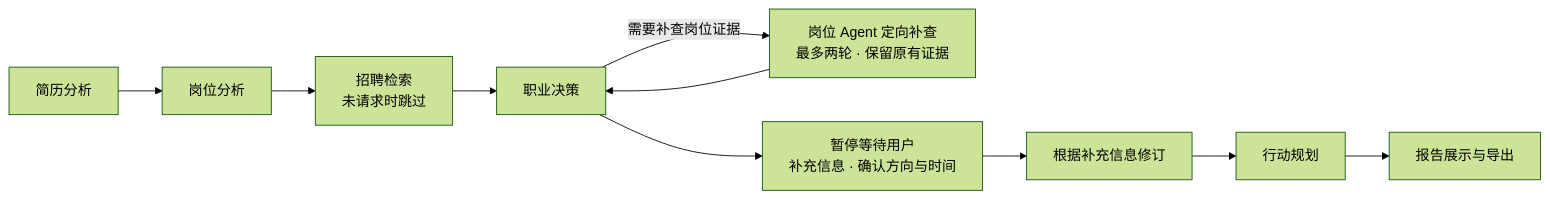
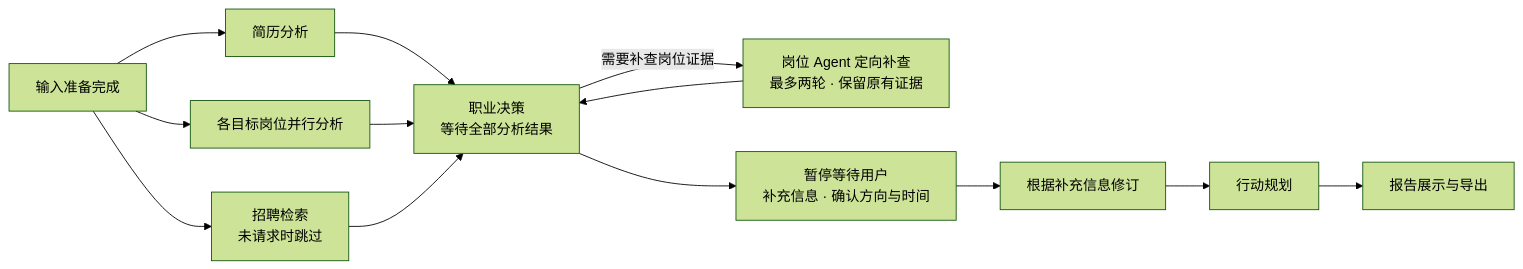
One commit to hankwang712/Career-Planning changed the third of 3 diagrams in README.md. Above: the diagram before and after it, drawn with Mermaid (forest theme). The commit also changed other lines of this file, not shown here.

````diff
--- a/README.md
+++ b/README.md
@@ -263,12 +216,15 @@
 ```mermaid
 flowchart LR
-    A[简历分析] --> B[岗位分析]
-    B --> C[招聘检索<br/>未请求时跳过]
-    C --> D[职业决策]
+    S[输入准备完成] --> A[简历分析]
+    S --> B[各目标岗位并行分析]
+    S --> C[招聘检索<br/>未请求时跳过]
+    A --> D[职业决策<br/>等待全部分析结果]
+    B --> D
+    C --> D
     D -->|需要补查岗位证据| I[岗位 Agent 定向补查<br/>最多两轮 · 保留原有证据]
     I --> D
     D --> E[暂停等待用户<br/>补充信息 · 确认方向与时间]
     E --> F[根据补充信息修订]
     F --> G[行动规划]
     G --> H[报告展示与导出]
 ```
````
